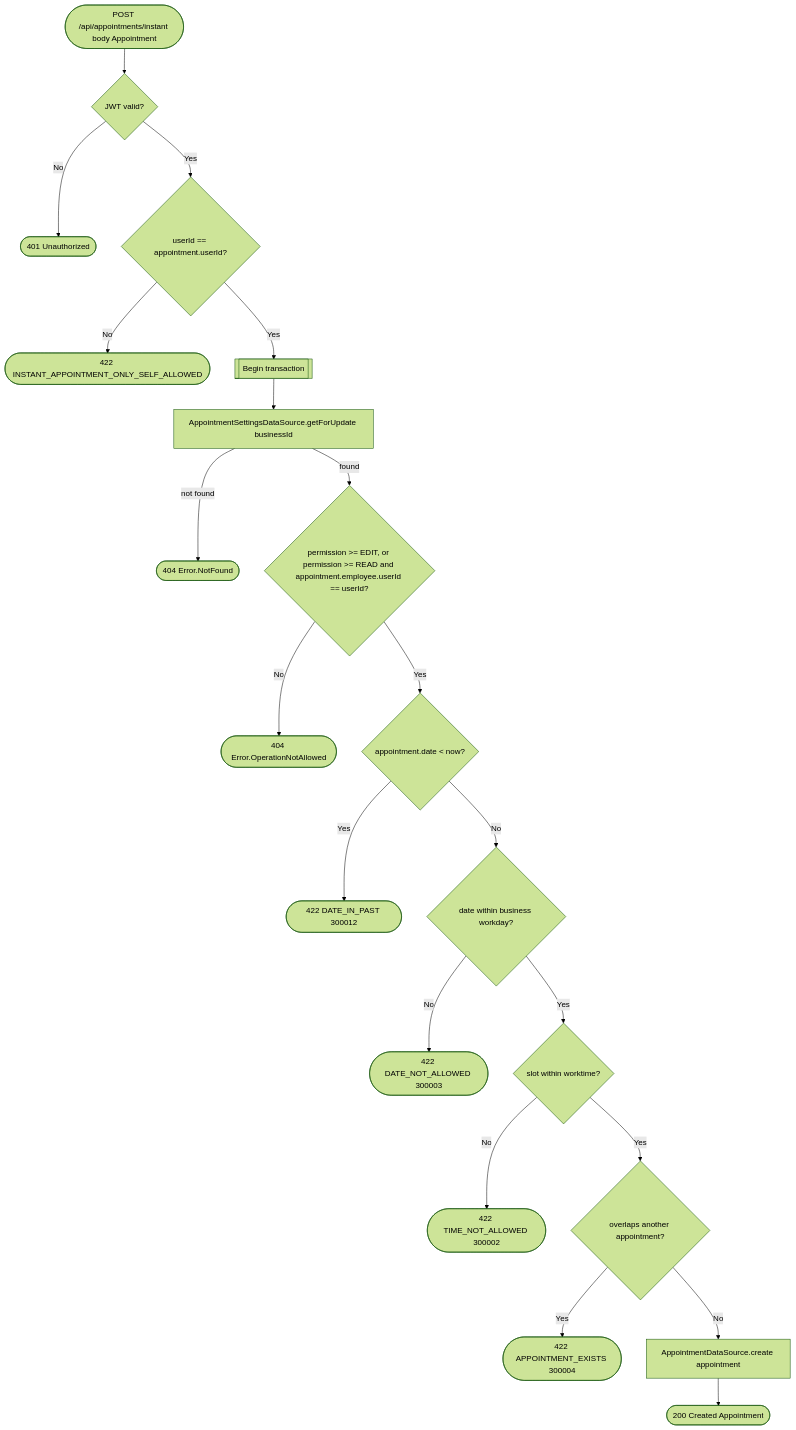
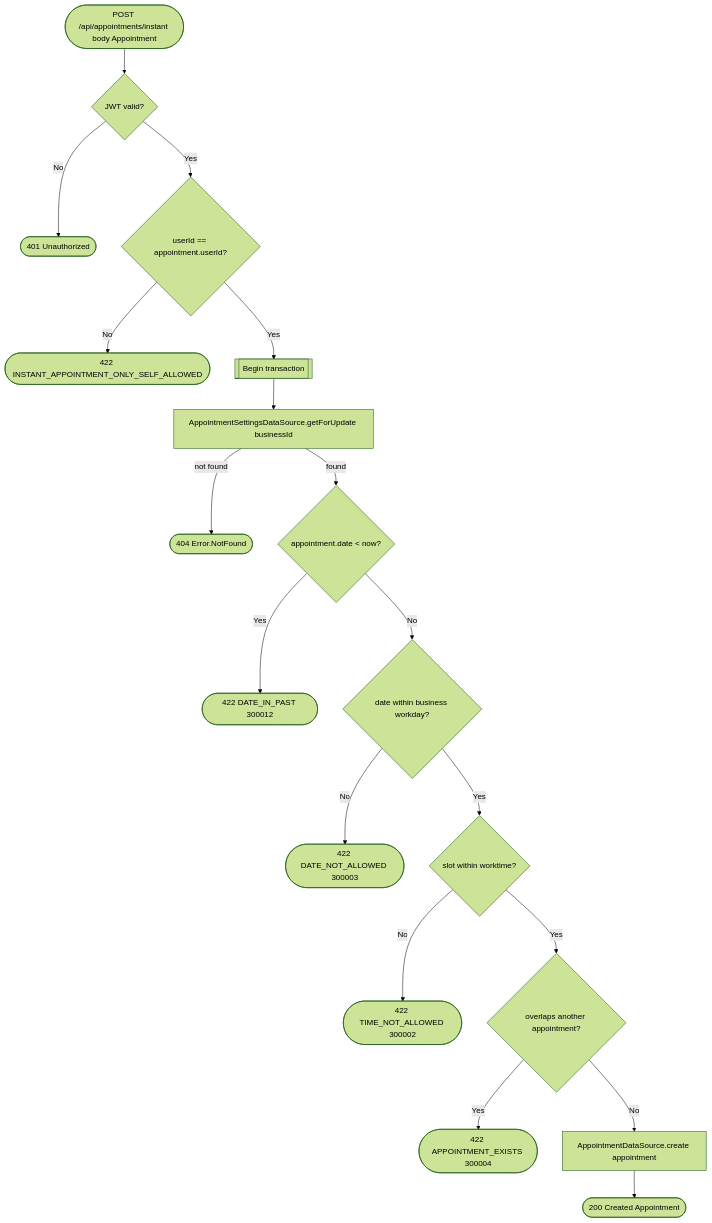
One commit to an22/bookk.me-backend changed the diagram in docs/operations/appointments/create-appointment-instant.md. Above: the diagram before and after it, drawn with Mermaid (forest theme). The commit also changed other lines of this file and 6 other files, not shown here.

Commit message:
[ISSUE-89] remove redundant permission check on appointment request creation

````diff
--- a/docs/operations/appointments/create-appointment-instant.md
+++ b/docs/operations/appointments/create-appointment-instant.md
@@ -12,22 +13,20 @@
 ```mermaid
 flowchart TD
     Start([POST /api/appointments/instant body Appointment]) --> Auth{JWT valid?}
     Auth -- No --> R401([401 Unauthorized])
     Auth -- Yes --> SelfCheck{userId == appointment.userId?}
     SelfCheck -- No --> R422a([422 INSTANT_APPOINTMENT_ONLY_SELF_ALLOWED])
     SelfCheck -- Yes --> Tx[[Begin transaction]]
     Tx --> Settings[AppointmentSettingsDataSource.getForUpdate businessId]
     Settings -- not found --> R404a([404 Error.NotFound])
-    Settings -- found --> Perm{permission >= EDIT, or permission >= READ and appointment.employee.userId == userId?}
-    Perm -- No --> R404b([404 Error.OperationNotAllowed])
-    Perm -- Yes --> PastCheck{appointment.date < now?}
+    Settings -- found --> PastCheck{appointment.date < now?}
     PastCheck -- Yes --> R422b([422 DATE_IN_PAST 300012])
     PastCheck -- No --> WorkdayCheck{date within business workday?}
     WorkdayCheck -- No --> R422c([422 DATE_NOT_ALLOWED 300003])
     WorkdayCheck -- Yes --> WorktimeCheck{slot within worktime?}
     WorktimeCheck -- No --> R422d([422 TIME_NOT_ALLOWED 300002])
     WorktimeCheck -- Yes --> Overlap{overlaps another appointment?}
     Overlap -- Yes --> R422e([422 APPOINTMENT_EXISTS 300004])
     Overlap -- No --> Create[AppointmentDataSource.create appointment]
     Create --> R200([200 Created Appointment])
 ```
````
